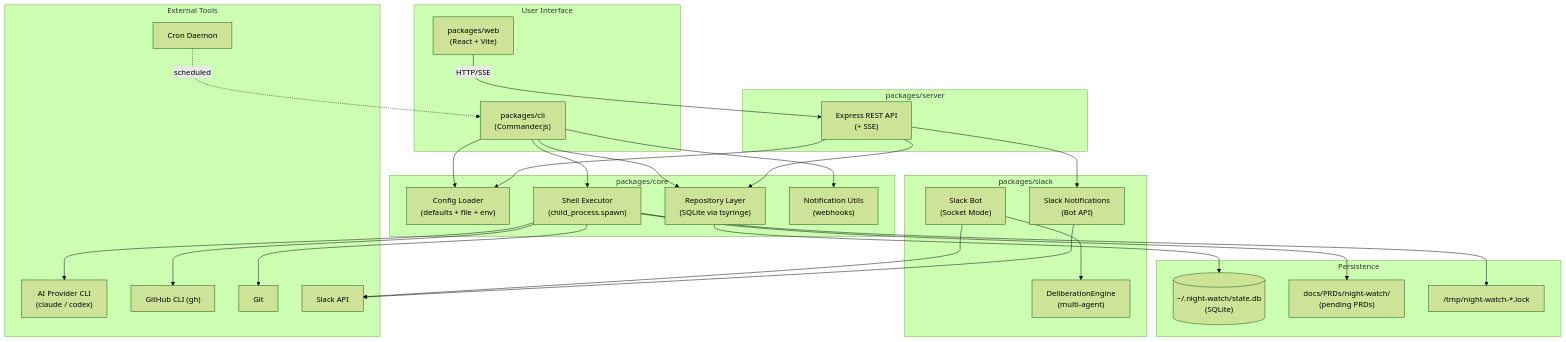
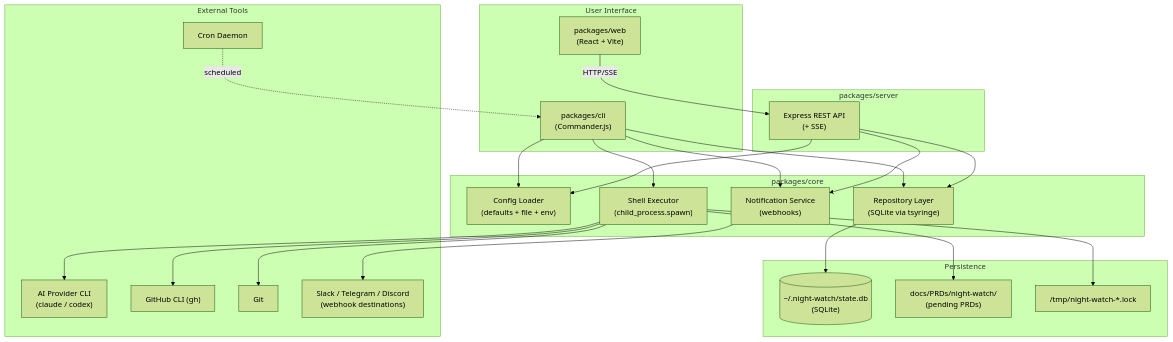
Before and after one commit to jonit-dev/night-watch-cli: the first of 9 diagrams in docs/architecture-overview.md, drawn with Mermaid (forest theme). The commit also changed other lines of this file and 28 other files, not shown here.

````diff
--- a/docs/architecture-overview.md
+++ b/docs/architecture-overview.md
@@ -9,57 +11,50 @@
 ```mermaid
 graph TB
     subgraph User["User Interface"]
         CLI["packages/cli<br/>(Commander.js)"]
         WebUI["packages/web<br/>(React + Vite)"]
     end
 
     subgraph Core["packages/core"]
         Config["Config Loader<br/>(defaults + file + env)"]
         Shell["Shell Executor<br/>(child_process.spawn)"]
         Repos["Repository Layer<br/>(SQLite via tsyringe)"]
         Notify["Notification Utils<br/>(webhooks)"]
     end
 
     subgraph Server["packages/server"]
         API["Express REST API<br/>(+ SSE)"]
-    end
-
-    subgraph SlackPkg["packages/slack"]
-        Bot["Slack Bot<br/>(Socket Mode)"]
-        DelibEngine["DeliberationEngine<br/>(multi-agent)"]
-        SlackNotify["Slack Notifications<br/>(Bot API)"]
+        Notify["Notification Service<br/>(webhooks)"]
     end
 
     subgraph External["External Tools"]
         Provider["AI Provider CLI<br/>(claude / codex)"]
         GH["GitHub CLI (gh)"]
         Git["Git"]
         CronDaemon["Cron Daemon"]
-        SlackAPI["Slack API"]
+        WebhookDst["Slack / Telegram / Discord<br/>(webhook destinations)"]
     end
 
     subgraph Storage["Persistence"]
         DB[("~/.night-watch/state.db<br/>(SQLite)")]
         PRDs["docs/PRDs/night-watch/<br/>(pending PRDs)"]
         Lock["/tmp/night-watch-*.lock"]
     end
 
     CLI --> Config
     CLI --> Shell
     CLI --> Repos
     CLI --> Notify
     WebUI -->|HTTP/SSE| API
     API --> Config
     API --> Repos
-    API --> SlackNotify
+    API --> Notify
     Shell --> Provider
     Shell --> GH
     Shell --> Git
-    Bot --> DelibEngine
-    Bot --> SlackAPI
-    SlackNotify --> SlackAPI
+    Notify --> WebhookDst
     Repos --> DB
     CronDaemon -.->|scheduled| CLI
     Shell --> Lock
     Shell --> PRDs
 ```
````
